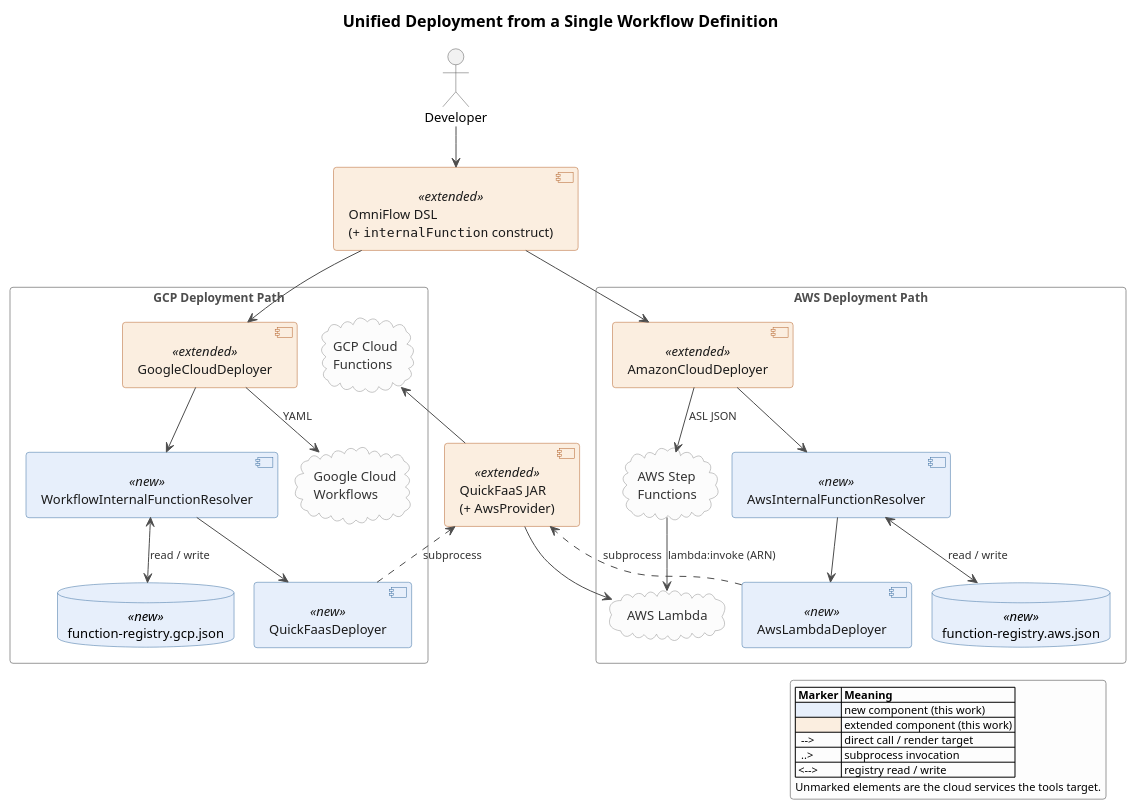
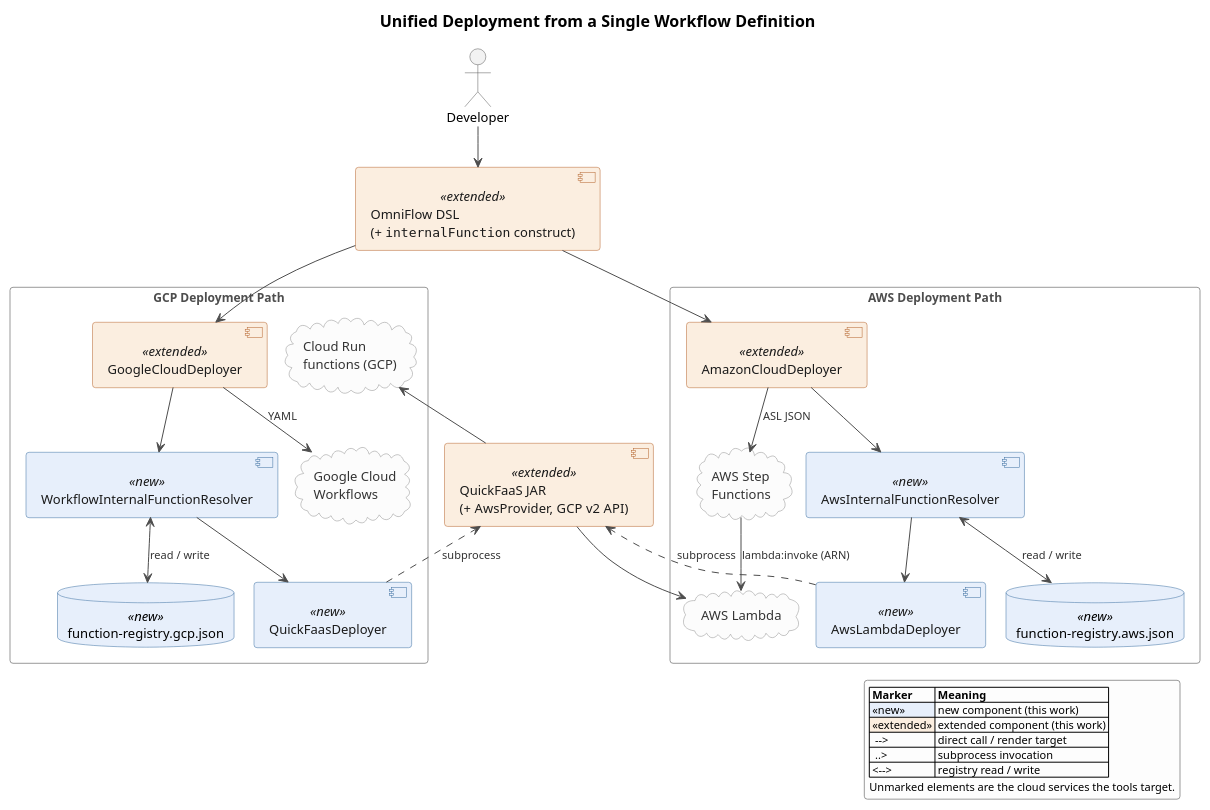
The diagram in diagrams/architecture-after.puml (EngenheiroPedroCarvalho/ISEL-Thesis-2526), drawn with PlantUML before and after one commit. The commit also changed 28 other files, not shown here.

First line of the commit message:
Align the thesis diagrams with the code and the text

```diff
--- a/diagrams/architecture-after.puml
+++ b/diagrams/architecture-after.puml
@@ -1,122 +1,122 @@
 @startuml architecture-after
 skinparam monochrome false
 skinparam shadowing false
 skinparam roundcorner 6
 skinparam defaultFontName Helvetica
 skinparam defaultFontSize 13
 skinparam titleFontSize 16
 skinparam titleFontStyle bold
 skinparam nodesep 20
 skinparam ranksep 40
 
 skinparam ArrowColor #4D4D4D
 skinparam ArrowFontSize 11
 skinparam ArrowFontColor #333333
 
 skinparam actor {
   BackgroundColor #F2F2F2
   BorderColor #595959
 }
 
 skinparam component {
   BackgroundColor #F7F7F7
   BorderColor #595959
   FontColor #1A1A1A
 }
 skinparam component<<new>> {
   BackgroundColor #E7EFFB
   BorderColor #3B6FA0
   FontColor #1A1A1A
 }
 skinparam component<<extended>> {
   BackgroundColor #FBEEE0
   BorderColor #B4622A
   FontColor #1A1A1A
 }
 
 skinparam database {
   BackgroundColor #ECECEC
   BorderColor #595959
 }
 skinparam database<<new>> {
   BackgroundColor #E7EFFB
   BorderColor #3B6FA0
 }
 
 skinparam cloud {
   BackgroundColor #FCFCFC
   BorderColor #8C8C8C
   FontColor #333333
 }
 
 skinparam rectangle {
   BackgroundColor transparent
   BorderColor #999999
   FontColor #4D4D4D
   FontStyle bold
   FontSize 12
 }
 
 skinparam legend {
   BackgroundColor #FDFDFD
   BorderColor #999999
   FontSize 11
 }
 
 title Unified Deployment from a Single Workflow Definition
 
 actor "Developer" as D2
 component "OmniFlow DSL\n(+ ""internalFunction"" construct)" as DSL2 <<extended>>
 
 rectangle "GCP Deployment Path" {
   component "GoogleCloudDeployer" as GCD2 <<extended>>
   component "WorkflowInternalFunctionResolver" as WIFR <<new>>
   component "QuickFaasDeployer" as QFD <<new>>
   cloud "Google Cloud\nWorkflows" as GCW2
-  cloud "GCP Cloud\nFunctions" as GFN
+  cloud "Cloud Run\nfunctions (GCP)" as GFN
   database "function-registry.gcp.json" as REGG <<new>>
 }
 
 rectangle "AWS Deployment Path" {
   component "AmazonCloudDeployer" as ACD2 <<extended>>
   component "AwsInternalFunctionResolver" as AIFR <<new>>
   component "AwsLambdaDeployer" as ALD <<new>>
   cloud "AWS Step\nFunctions" as SF2
   cloud "AWS Lambda" as LAM
   database "function-registry.aws.json" as REGA <<new>>
 }
 
-component "QuickFaaS JAR\n(+ AwsProvider)" as JAR <<extended>>
+component "QuickFaaS JAR\n(+ AwsProvider, GCP v2 API)" as JAR <<extended>>
 
 D2 --> DSL2
 DSL2 --> GCD2
 DSL2 --> ACD2
 
 GCD2 --> WIFR
 ACD2 --> AIFR
 WIFR <--> REGG : read / write
 AIFR <--> REGA : read / write
 
 WIFR --> QFD
 AIFR --> ALD
 QFD ..> JAR : subprocess
 ALD ..> JAR : subprocess
 
 JAR --> GFN
 JAR --> LAM
 
 GCD2 --> GCW2 : YAML
 ACD2 --> SF2 : ASL JSON
 SF2 --> LAM : lambda:invoke (ARN)
 
 legend right
   |= Marker |= Meaning |
-  |<#E7EFFB>        | new component (this work) |
-  |<#FBEEE0>        | extended component (this work) |
+  |<#E7EFFB> «new» | new component (this work) |
+  |<#FBEEE0> «extended» | extended component (this work) |
   |  --> | direct call / render target |
   |  ..> | subprocess invocation |
   | <--> | registry read / write |
   Unmarked elements are the cloud services the tools target.
 endlegend
 
 @enduml
```
